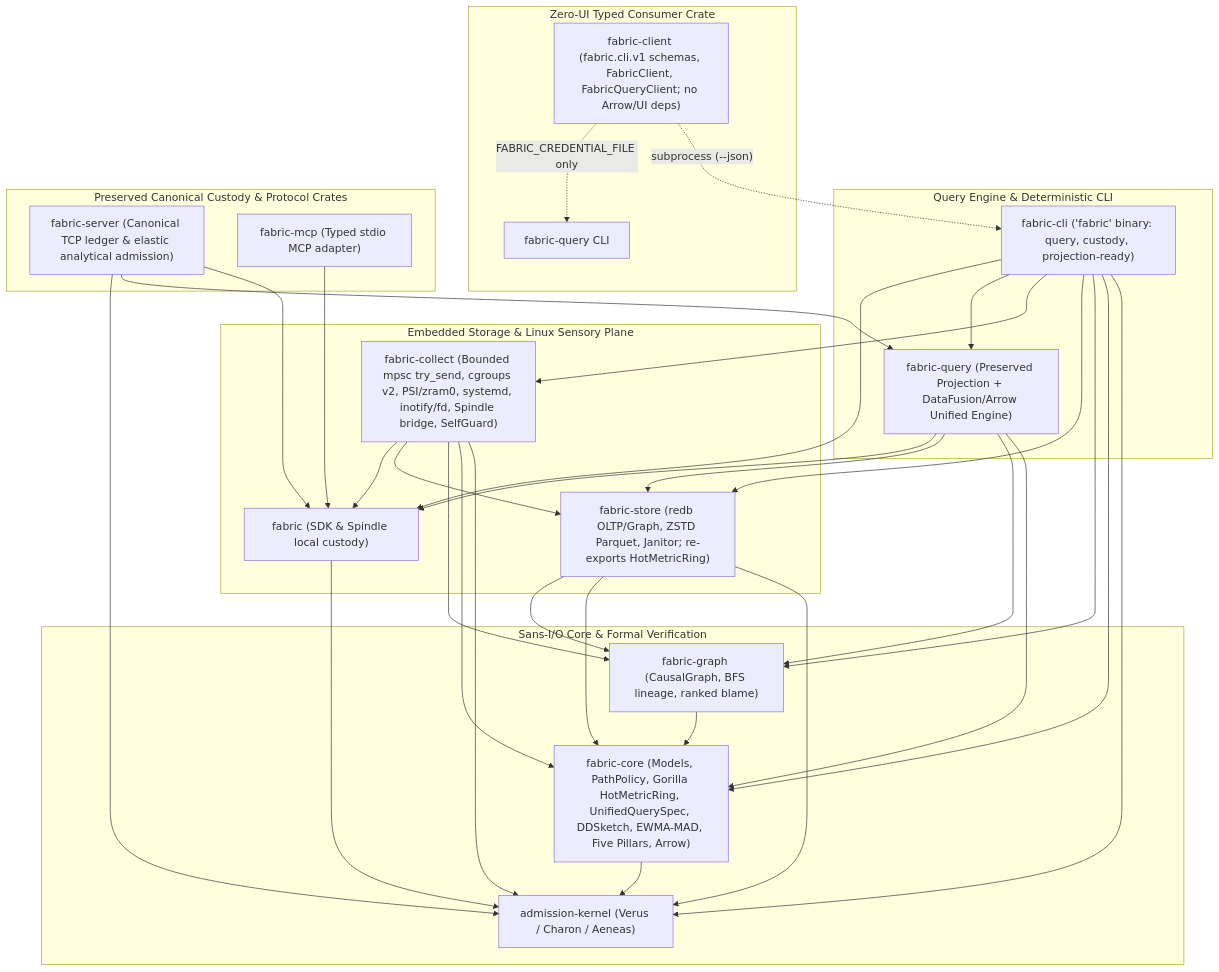
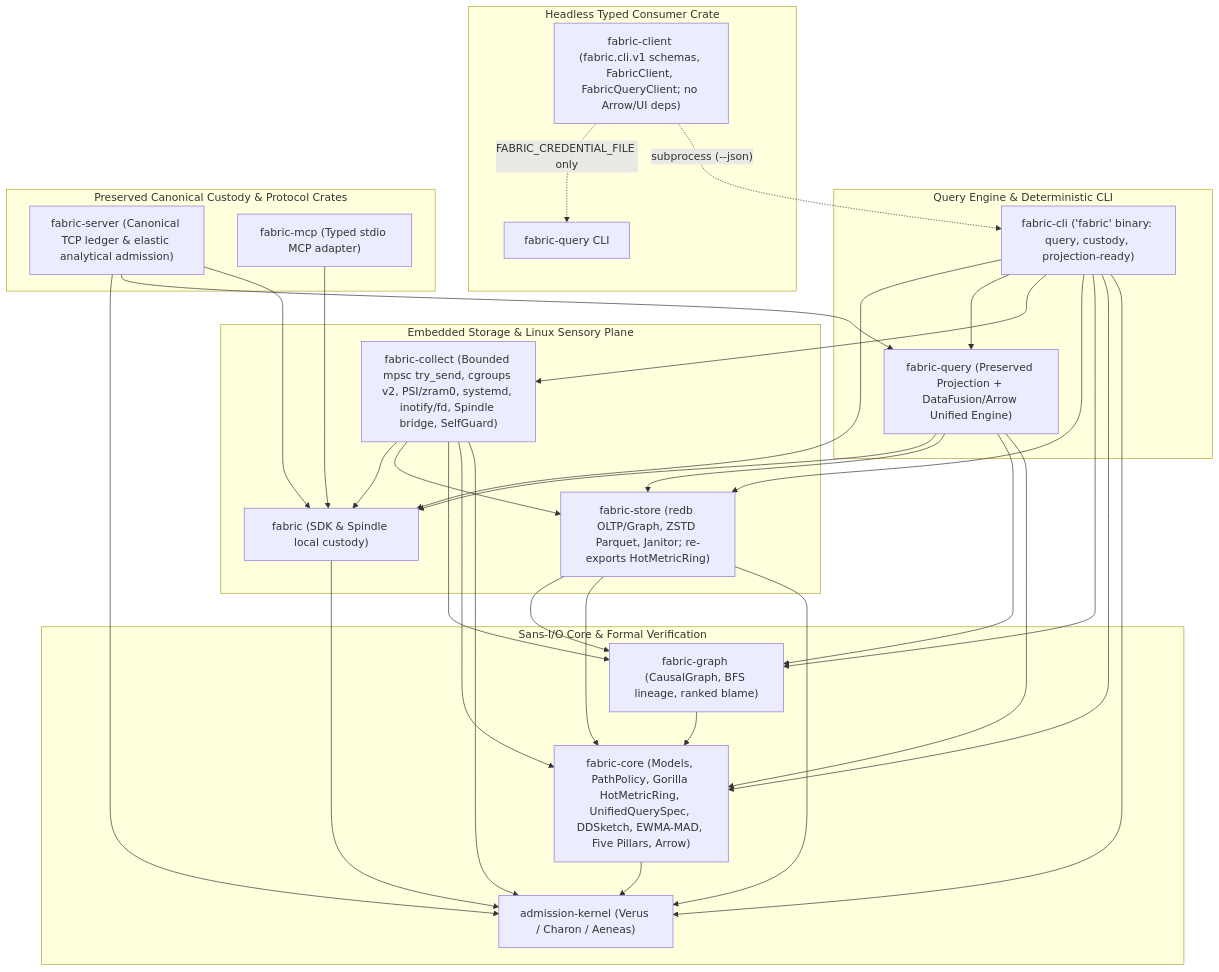
One commit to kmosoti/FabricO11y changed the first of 11 diagrams in docs/architecture.md. Above: the diagram before and after it, drawn with Mermaid. The commit also changed other lines of this file and 16 other files, not shown here.

````diff
--- a/docs/architecture.md
+++ b/docs/architecture.md
@@ -9,56 +9,56 @@
 ```mermaid
 flowchart TD
     subgraph SansIO["Sans-I/O Core & Formal Verification"]
         AK["admission-kernel (Verus / Charon / Aeneas)"]
         FC["fabric-core (Models, PathPolicy, Gorilla HotMetricRing, UnifiedQuerySpec, DDSketch, EWMA-MAD, Five Pillars, Arrow)"]
         FG["fabric-graph (CausalGraph, BFS lineage, ranked blame)"]
         FC --> AK
         FG --> FC
     end
 
     subgraph StorageAndCollection["Embedded Storage & Linux Sensory Plane"]
         FS["fabric-store (redb OLTP/Graph, ZSTD Parquet, Janitor; re-exports HotMetricRing)"]
         COL["fabric-collect (Bounded mpsc try_send, cgroups v2, PSI/zram0, systemd, inotify/fd, Spindle bridge, SelfGuard)"]
         FS --> AK
         FS --> FC
         FS --> FG
         COL --> AK
         COL --> FC
         COL --> FG
         COL --> FS
         COL --> FAB
     end
 
     subgraph QueryAndCLI["Query Engine & Deterministic CLI"]
         FQ["fabric-query (Preserved Projection + DataFusion/Arrow Unified Engine)"]
         CLI["fabric-cli ('fabric' binary: query, custody, projection-ready)"]
         FQ --> FC
         FQ --> FG
         FQ --> FS
         FQ --> FAB
         CLI --> AK
         CLI --> FC
         CLI --> FG
         CLI --> FS
         CLI --> COL
         CLI --> FQ
         CLI --> FAB
     end
 
-    subgraph ZeroUIClient["Zero-UI Typed Consumer Crate"]
+    subgraph HeadlessClient["Headless Typed Consumer Crate"]
         FCL["fabric-client (fabric.cli.v1 schemas, FabricClient, FabricQueryClient; no Arrow/UI deps)"]
         FCL -. "subprocess (--json)" .-> CLI
         FCL -. "FABRIC_CREDENTIAL_FILE only" .-> FQBIN["fabric-query CLI"]
     end
 
     subgraph PreservedCustody["Preserved Canonical Custody & Protocol Crates"]
         FAB["fabric (SDK & Spindle local custody)"]
         SRV["fabric-server (Canonical TCP ledger & elastic analytical admission)"]
         MCP["fabric-mcp (Typed stdio MCP adapter)"]
         FAB --> AK
         SRV --> FAB
         SRV --> FQ
         SRV --> AK
         MCP --> FAB
     end
 ```
````
